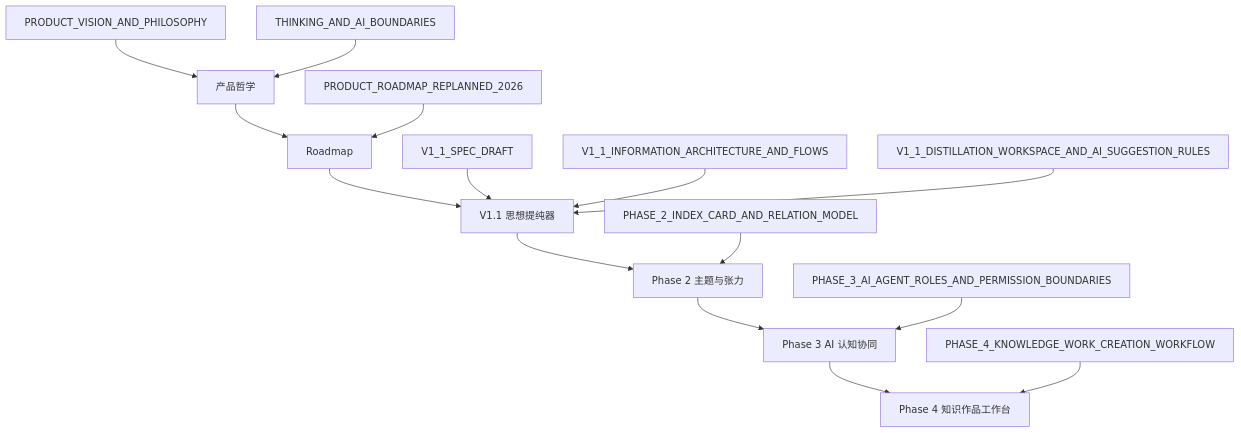
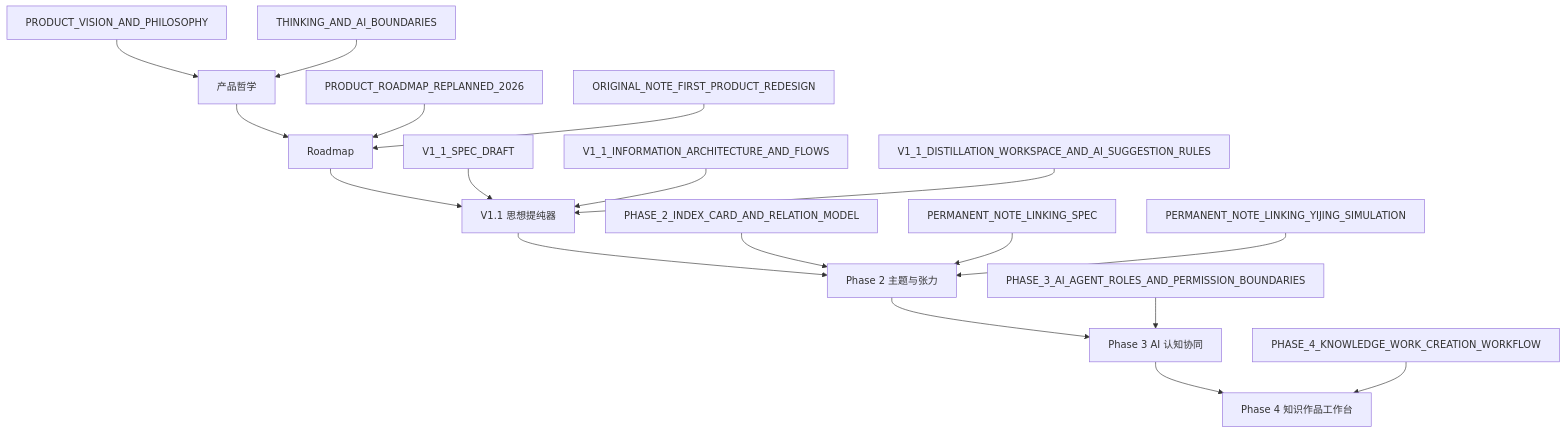
Before and after one commit to lidiansen58-debug/yansilu: the diagram in docs/PRODUCT_PLANNING_INDEX.md, drawn with Mermaid. The commit also changed other lines of this file and 13 other files, not shown here.

````diff
--- a/docs/PRODUCT_PLANNING_INDEX.md
+++ b/docs/PRODUCT_PLANNING_INDEX.md
@@ -213,18 +221,21 @@
 ```mermaid
 flowchart TB
   A["产品哲学"] --> B["Roadmap"]
   B --> C["V1.1 思想提纯器"]
   C --> D["Phase 2 主题与张力"]
   D --> E["Phase 3 AI 认知协同"]
   E --> F["Phase 4 知识作品工作台"]
 
   A1["PRODUCT_VISION_AND_PHILOSOPHY"] --> A
   A2["THINKING_AND_AI_BOUNDARIES"] --> A
   B1["PRODUCT_ROADMAP_REPLANNED_2026"] --> B
+  B2["ORIGINAL_NOTE_FIRST_PRODUCT_REDESIGN"] --> B
   C1["V1_1_SPEC_DRAFT"] --> C
   C2["V1_1_INFORMATION_ARCHITECTURE_AND_FLOWS"] --> C
   C3["V1_1_DISTILLATION_WORKSPACE_AND_AI_SUGGESTION_RULES"] --> C
   D1["PHASE_2_INDEX_CARD_AND_RELATION_MODEL"] --> D
+  D2["PERMANENT_NOTE_LINKING_SPEC"] --> D
+  D3["PERMANENT_NOTE_LINKING_YIJING_SIMULATION"] --> D
   E1["PHASE_3_AI_AGENT_ROLES_AND_PERMISSION_BOUNDARIES"] --> E
   F1["PHASE_4_KNOWLEDGE_WORK_CREATION_WORKFLOW"] --> F
 ```
````
